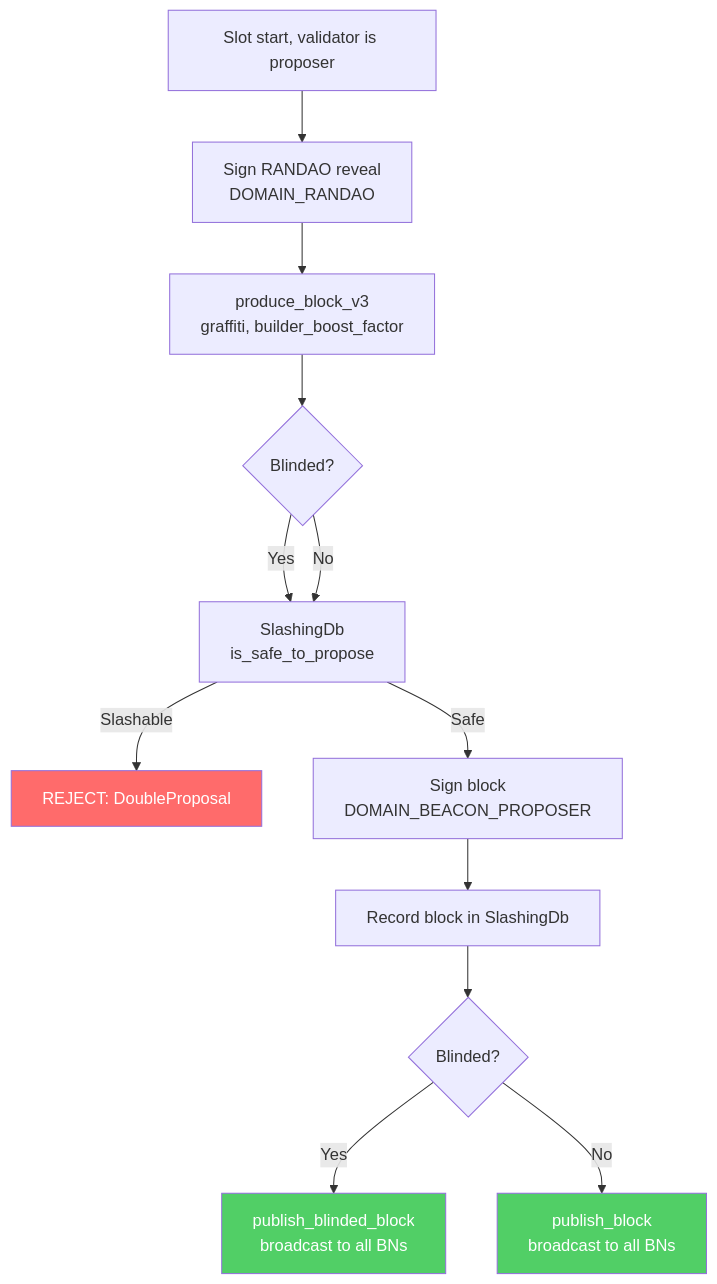
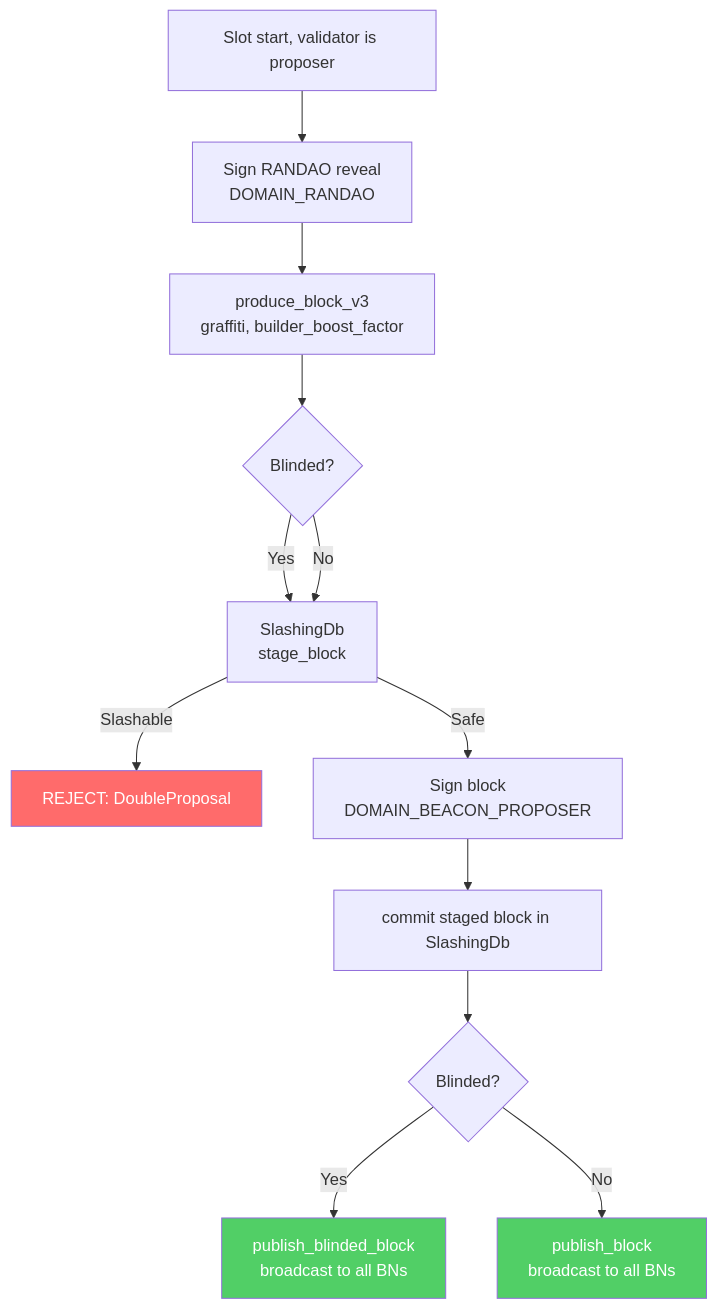
One commit to dsrvlabs/rvc changed the fifth of 8 diagrams in ARCHITECTURE.md. Above: the diagram before and after it, drawn with Mermaid. The commit also changed 4 other files, not shown here.

First line of the commit message:
refactor(slashing): delete generation-one is_safe_to_sign APIs

````diff
--- a/ARCHITECTURE.md
+++ b/ARCHITECTURE.md
@@ -293,18 +293,18 @@
 ```mermaid
 flowchart TD
     A[Slot start, validator is proposer] --> B[Sign RANDAO reveal<br/>DOMAIN_RANDAO]
     B --> C[produce_block_v3<br/>graffiti, builder_boost_factor]
     C --> D{Blinded?}
-    D -->|Yes| E[SlashingDb<br/>is_safe_to_propose]
+    D -->|Yes| E[SlashingDb<br/>stage_block]
     D -->|No| E
     E -->|Slashable| X1[REJECT: DoubleProposal]
     E -->|Safe| F[Sign block<br/>DOMAIN_BEACON_PROPOSER]
-    F --> G[Record block in SlashingDb]
+    F --> G[commit staged block in SlashingDb]
     G --> H{Blinded?}
     H -->|Yes| I[publish_blinded_block<br/>broadcast to all BNs]
     H -->|No| J[publish_block<br/>broadcast to all BNs]
 
     style X1 fill:#ff6b6b,color:#fff
     style I fill:#51cf66,color:#fff
     style J fill:#51cf66,color:#fff
 ```
````
